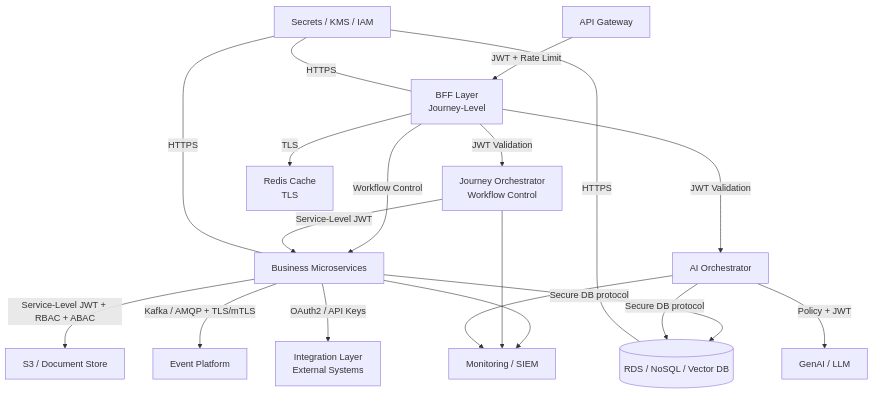
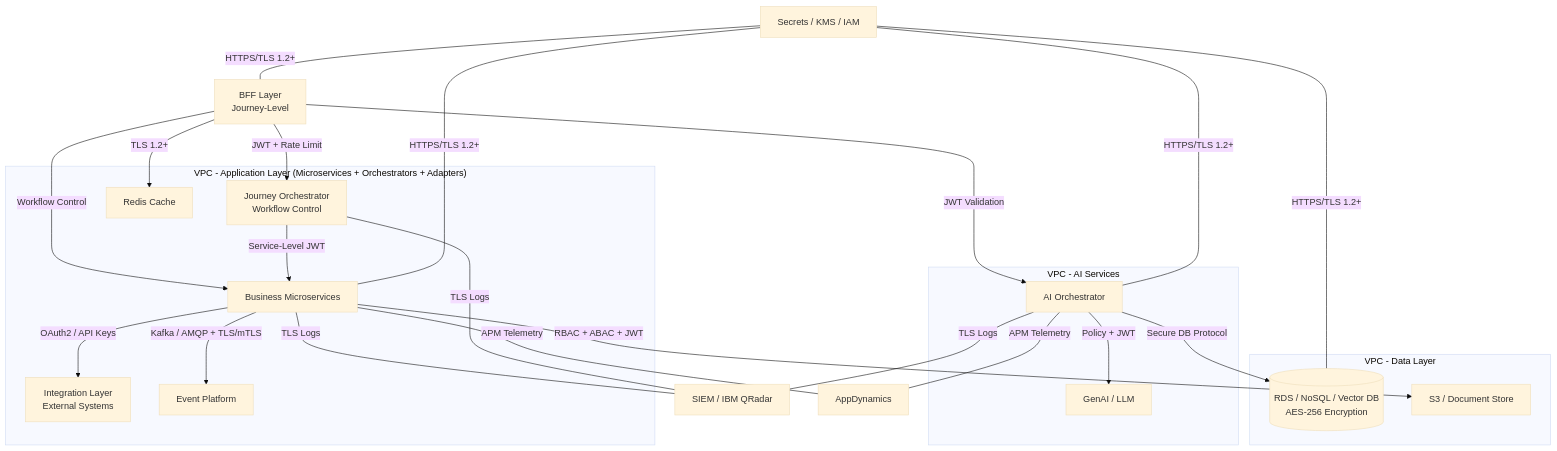
Before and after one commit to sougata2000/epms: the diagram in 08 Security Architecture/Security Sequence 2.mmd, drawn with Mermaid. The commit also changed 312 other files, not shown here.

```diff
--- a/08 Security Architecture/Security Sequence 2.mmd
+++ b/08 Security Architecture/Security Sequence 2.mmd
@@ -1,46 +1,68 @@
+---
+config:
+  sequence: {}
+  theme: base
+---
+%%{init: {'flowchart': {'compactMode': true}}}%%
+
 flowchart TB
-    GW[API Gateway]
 
+    %% -------- BFF / ENTRY --------
     BFF[BFF Layer<br/>Journey-Level]
 
-    ORCH[Journey Orchestrator<br/>Workflow Control]
+    %% -------- VPC 1: APP LAYER --------
+    subgraph VPC1["VPC - Application Layer (Microservices + Orchestrators + Adapters)"]
+        ORCH[Journey Orchestrator<br/>Workflow Control]
+        MS[Business Microservices]
+        INT[Integration Layer<br/>External Systems]
+        EVT[Event Platform]
+        CACHE[Redis Cache]
+    end
 
-    MS[Business Microservices]
+    %% -------- VPC 2: DATA LAYER --------
+    subgraph VPC2["VPC - Data Layer"]
+        DB[(RDS / NoSQL / Vector DB<br/>AES-256 Encryption)]
+        DOC[S3 / Document Store]
+    end
 
-    CACHE[Redis Cache<br/>TLS]
-    DB[(RDS / NoSQL / Vector DB)]
-    DOC[S3 / Document Store]
-    EVT[Event Platform]
+    %% -------- VPC 3: AI LAYER --------
+    subgraph VPC3["VPC - AI Services"]
+        AI[AI Orchestrator]
+        GEN[GenAI / LLM]
+    end
 
-    AI[AI Orchestrator]
-    GEN[GenAI / LLM]
-
-    INT[Integration Layer<br/>External Systems]
-
-    MON[Monitoring / SIEM]
+    %% -------- SHARED SECURITY --------
     SEC[Secrets / KMS / IAM]
 
-    GW -->|JWT + Rate Limit| BFF
+    %% -------- OBSERVABILITY --------
+    MON[SIEM / IBM QRadar]
+    OBZ[AppDynamics]
 
-    BFF --> |JWT Validation|ORCH
-    BFF --> |Workflow Control|MS
-    BFF --> |TLS|CACHE
+    %% -------- FLOWS --------
+    BFF -->|JWT + Rate Limit| ORCH
+    BFF -->|Workflow Control| MS
+    BFF -->|TLS 1.2+| CACHE
+    BFF -->|JWT Validation| AI
 
-    ORCH --> |Service-Level JWT|MS
+    ORCH -->|Service-Level JWT| MS
 
-    MS --> |Secure DB protocol|DB
-    MS --> |Service-Level JWT + RBAC + ABAC|DOC
-    MS --> |Kafka / AMQP + TLS/mTLS|EVT
-    MS --> |OAuth2 / API Keys|INT
+   MS -->|RBAC + ABAC + JWT| DOC
+   MS -->|Kafka / AMQP + TLS/mTLS| EVT
+   MS -->|OAuth2 / API Keys| INT
 
-    BFF --> |JWT Validation|AI
-    AI --> |Policy + JWT|GEN
-    AI --> |Secure DB protocol|DB
+    AI -->|Policy + JWT| GEN
+    AI -->|Secure DB Protocol| DB
 
-    SEC --- |HTTPS|BFF
-    SEC --- |HTTPS|MS
-    SEC --- |HTTPS|DB
+    %% -------- SECURITY CONTROLS --------
+    SEC ---|HTTPS/TLS 1.2+| BFF
+    SEC ---|HTTPS/TLS 1.2+| MS
+    SEC ---|HTTPS/TLS 1.2+| DB
+    SEC ---|HTTPS/TLS 1.2+| AI
 
-    MS --> MON
-    ORCH --> MON
-    AI --> MON
+    %% -------- MONITORING --------
+    MS ---|TLS Logs| MON
+    ORCH ---|TLS Logs| MON
+    AI ---|TLS Logs| MON
+
+    MS ---|APM Telemetry| OBZ
+    AI ---|APM Telemetry| OBZ
```
